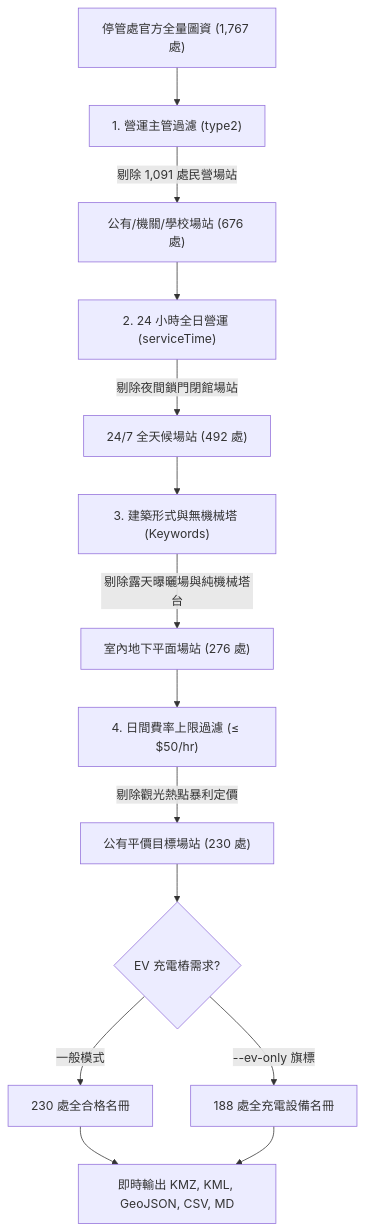
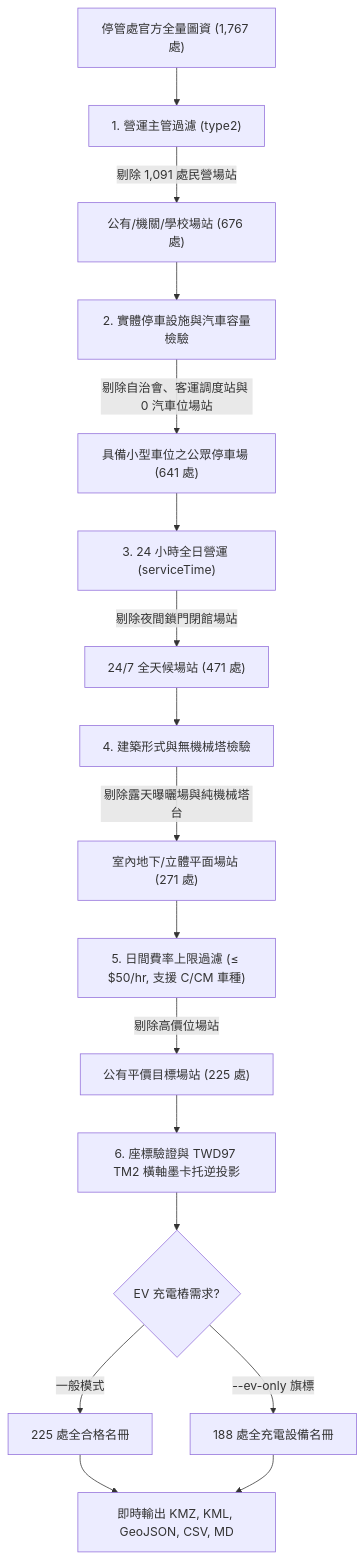
The diagram in Taipei/README.md (a-chhiong/parking-jager), drawn with Mermaid before and after one commit. The commit also changed other lines of this file and 1 other file, not shown here.

Commit message:
[fix] readme

````diff
--- a/Taipei/README.md
+++ b/Taipei/README.md
@@ -102,16 +102,19 @@
 ```mermaid
 flowchart TD
     A["停管處官方全量圖資 (1,767 處)"] --> B["1. 營運主管過濾 (type2)"]
     B -->|剔除 1,091 處民營場站| C["公有/機關/學校場站 (676 處)"]
-    C --> D["2. 24 小時全日營運 (serviceTime)"]
-    D -->|剔除夜間鎖門閉館場站| E["24/7 全天候場站 (492 處)"]
-    E --> F["3. 建築形式與無機械塔 (Keywords)"]
-    F -->|剔除露天曝曬場與純機械塔台| G["室內地下平面場站 (276 處)"]
-    G --> H["4. 日間費率上限過濾 (≤ $50/hr)"]
-    H -->|剔除觀光熱點暴利定價| I["公有平價目標場站 (230 處)"]
-    I --> J{"EV 充電樁需求?"}
-    J -->|一般模式| K["230 處全合格名冊"]
-    J -->|--ev-only 旗標| L["188 處全充電設備名冊"]
-    K --> M["即時輸出 KMZ, KML, GeoJSON, CSV, MD"]
-    L --> M
+    C --> D["2. 實體停車設施與汽車容量檢驗"]
+    D -->|剔除自治會、客運調度站與 0 汽車位場站| E["具備小型車位之公眾停車場 (641 處)"]
+    E --> F["3. 24 小時全日營運 (serviceTime)"]
+    F -->|剔除夜間鎖門閉館場站| G["24/7 全天候場站 (471 處)"]
+    G --> H["4. 建築形式與無機械塔檢驗"]
+    H -->|剔除露天曝曬場與純機械塔台| I["室內地下/立體平面場站 (271 處)"]
+    I --> J["5. 日間費率上限過濾 (≤ $50/hr, 支援 C/CM 車種)"]
+    J -->|剔除高價位場站| K["公有平價目標場站 (225 處)"]
+    K --> L["6. 座標驗證與 TWD97 TM2 橫軸墨卡托逆投影"]
+    L --> M{"EV 充電樁需求?"}
+    M -->|一般模式| N["225 處全合格名冊"]
+    M -->|--ev-only 旗標| O["188 處全充電設備名冊"]
+    N --> P["即時輸出 KMZ, KML, GeoJSON, CSV, MD"]
+    O --> P
 ```
````
